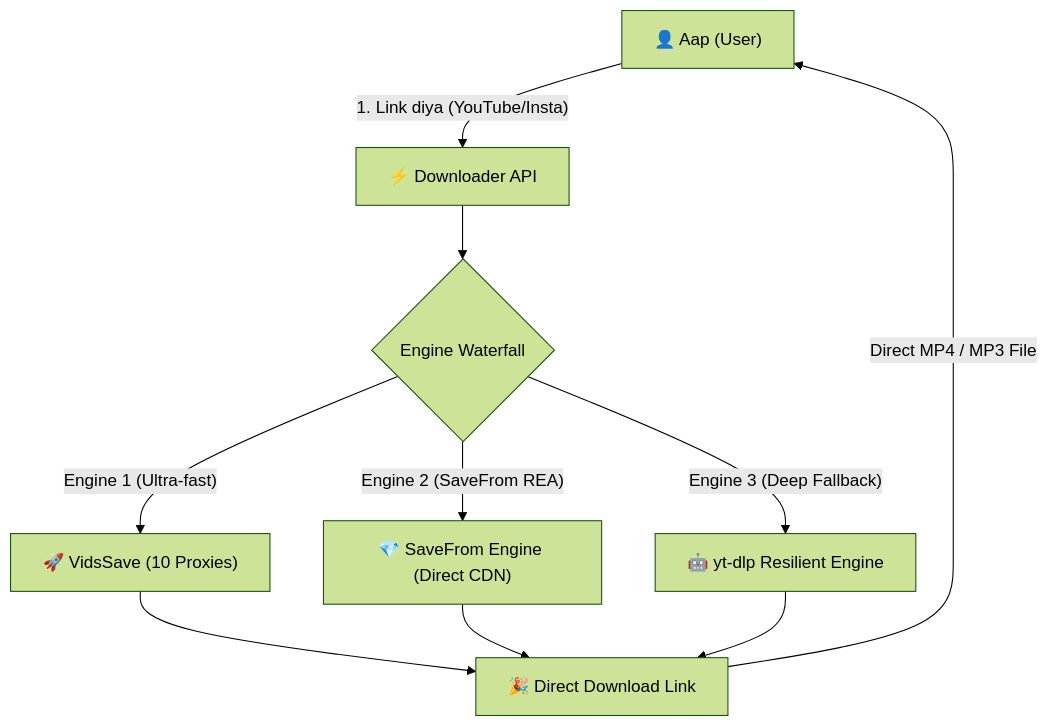
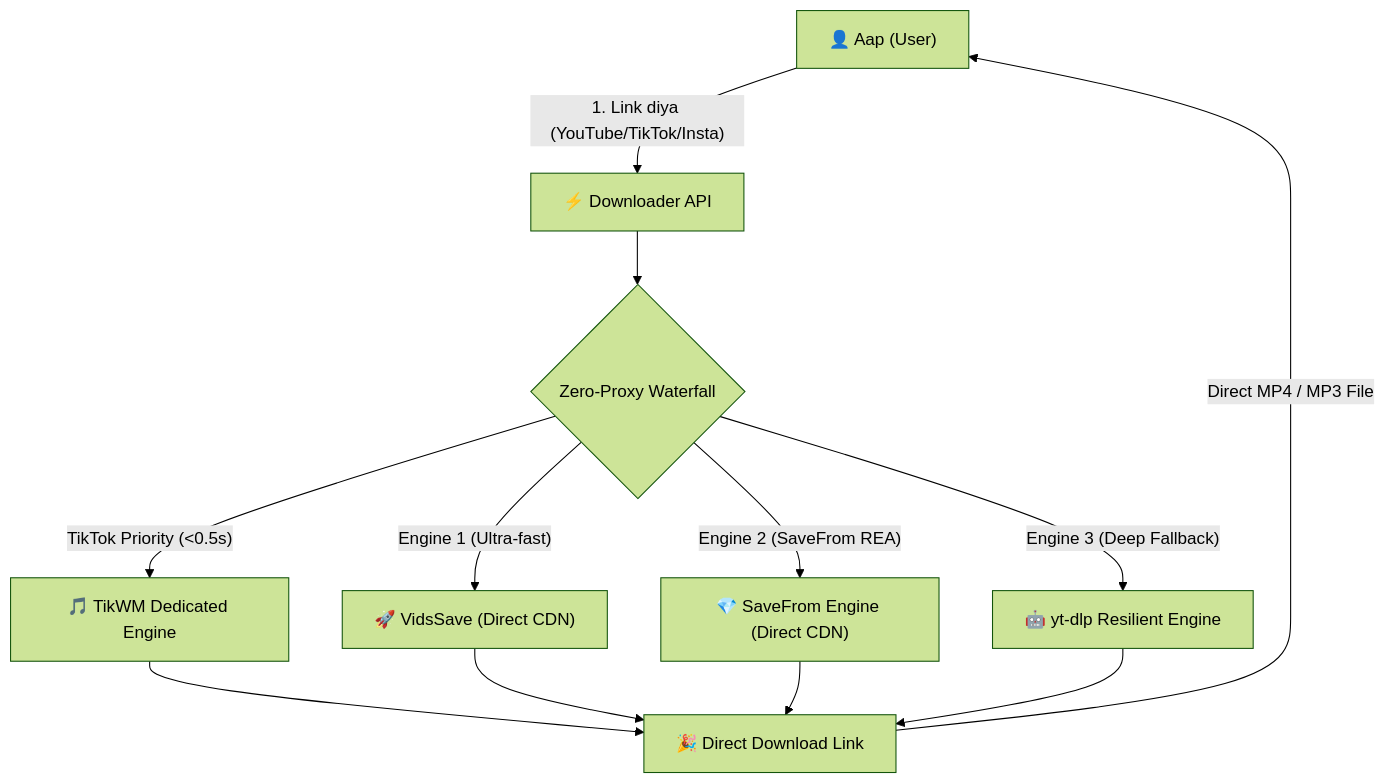
Before and after one commit to desianandyt/down-api: the diagram in down-api/README.md, drawn with Mermaid (forest theme). The commit also changed other lines of this file and 13 other files, not shown here.

Commit message:
feat: transition to 100% free zero-proxy high-speed architecture with TikWM engine

````diff
--- a/down-api/README.md
+++ b/down-api/README.md
@@ -46,12 +46,14 @@
 ```mermaid
 flowchart TD
-    A["👤 Aap (User)"] -->|"1. Link diya (YouTube/Insta)"| B["⚡ Downloader API"]
-    B --> C{"Engine Waterfall"}
-    C -->|"Engine 1 (Ultra-fast)"| D["🚀 VidsSave (10 Proxies)"]
-    C -->|"Engine 2 (SaveFrom REA)"| E["💎 SaveFrom Engine (Direct CDN)"]
-    C -->|"Engine 3 (Deep Fallback)"| F["🤖 yt-dlp Resilient Engine"]
-    D --> G["🎉 Direct Download Link"]
-    E --> G
-    F --> G
-    G -->|"Direct MP4 / MP3 File"| A
+    A["👤 Aap (User)"] -->|"1. Link diya (YouTube/TikTok/Insta)"| B["⚡ Downloader API"]
+    B --> C{"Zero-Proxy Waterfall"}
+    C -->|"TikTok Priority (<0.5s)"| D["🎵 TikWM Dedicated Engine"]
+    C -->|"Engine 1 (Ultra-fast)"| E["🚀 VidsSave (Direct CDN)"]
+    C -->|"Engine 2 (SaveFrom REA)"| F["💎 SaveFrom Engine (Direct CDN)"]
+    C -->|"Engine 3 (Deep Fallback)"| G["🤖 yt-dlp Resilient Engine"]
+    D --> H["🎉 Direct Download Link"]
+    E --> H
+    F --> H
+    G --> H
+    H -->|"Direct MP4 / MP3 File"| A
 ```
````
